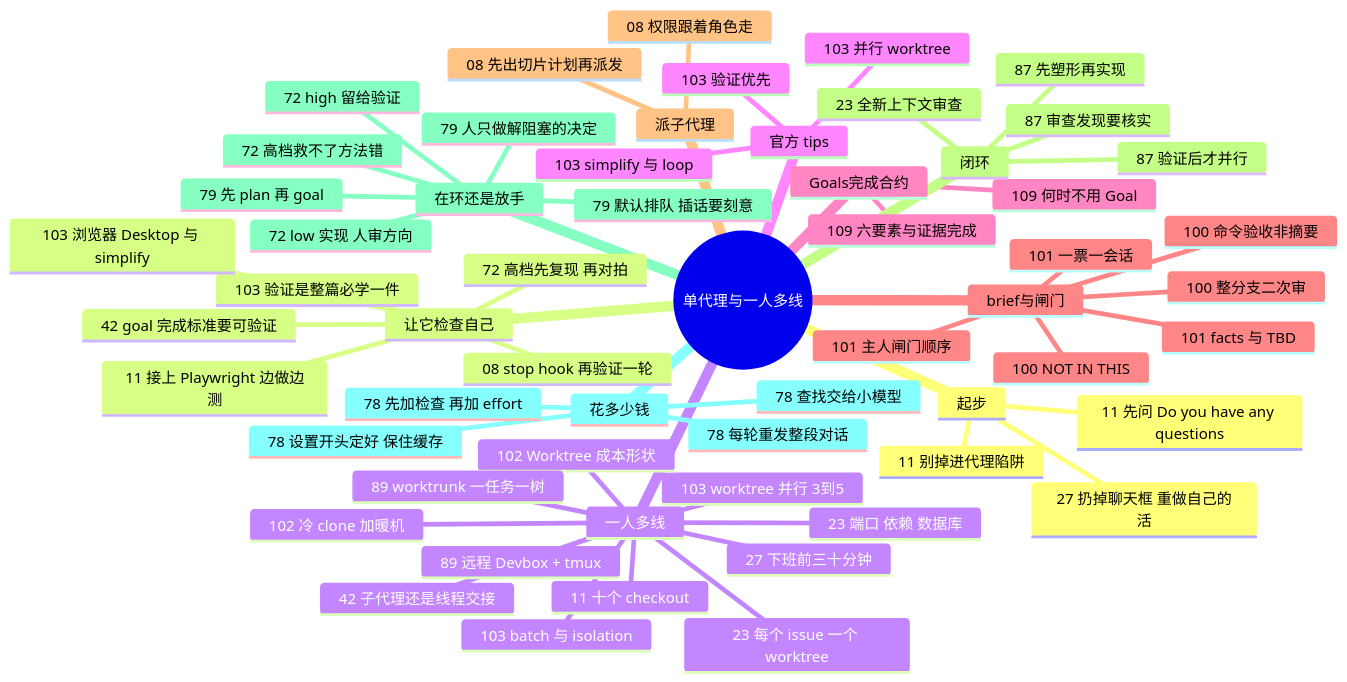
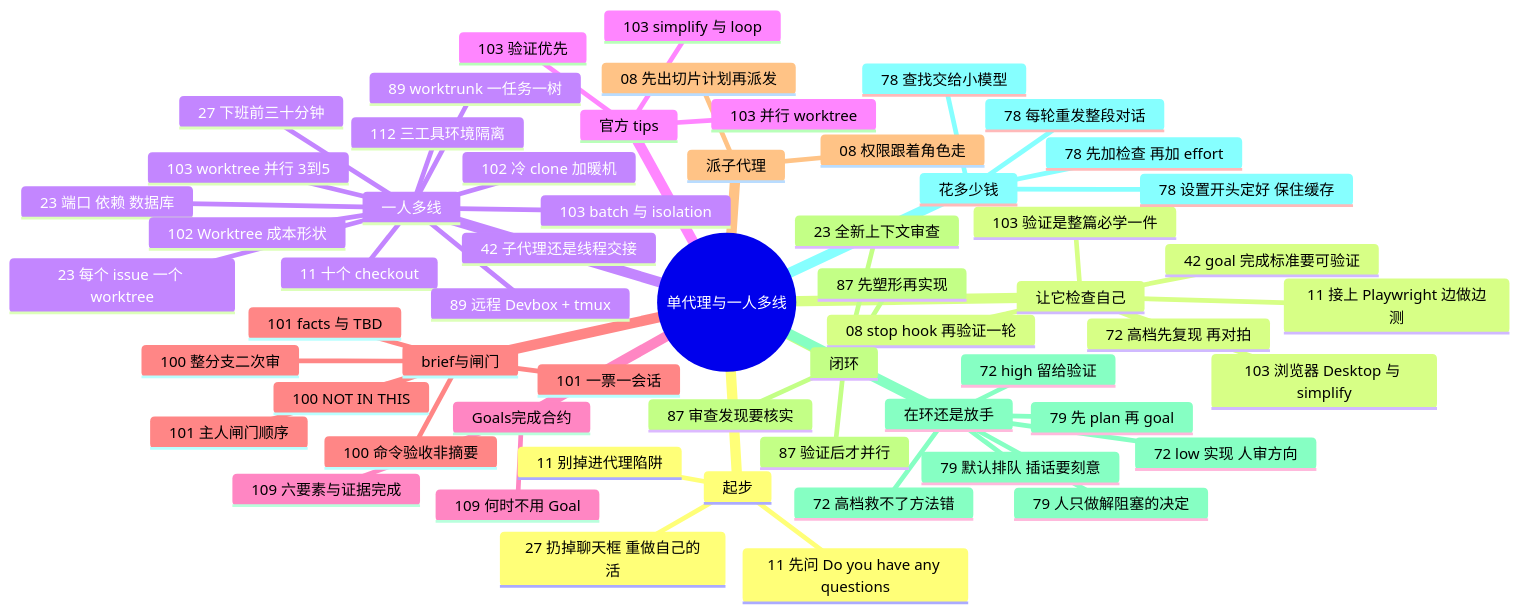
One commit to yzw7489757/ai-coding-videos changed the diagram in docs/guide/solo.md. Above: the diagram before and after it, drawn with Mermaid. The commit also changed other lines of this file and 17 other files, not shown here.

````diff
--- a/docs/guide/solo.md
+++ b/docs/guide/solo.md
@@ -15,61 +15,62 @@
 ```mermaid
 mindmap
   root((单代理与一人多线))
     起步
       27 扔掉聊天框 重做自己的活
       11 先问 Do you have any questions
       11 别掉进代理陷阱
     让它检查自己
       11 接上 Playwright 边做边测
       42 goal 完成标准要可验证
       08 stop hook 再验证一轮
       72 高档先复现 再对拍
       103 验证是整篇必学一件
       103 浏览器 Desktop 与 simplify
     一人多线
       11 十个 checkout
       23 每个 issue 一个 worktree
       23 端口 依赖 数据库
       103 worktree 并行 3到5
       103 batch 与 isolation
       102 Worktree 成本形状
+      112 三工具环境隔离
       102 冷 clone 加暖机
       89 远程 Devbox + tmux
       89 worktrunk 一任务一树
       27 下班前三十分钟
       42 子代理还是线程交接
     官方 tips
       103 验证优先
       103 并行 worktree
       103 simplify 与 loop
     Goals完成合约
       109 六要素与证据完成
       109 何时不用 Goal
     brief与闸门
       100 NOT IN THIS
       100 命令验收非摘要
       100 整分支二次审
       101 主人闸门顺序
       101 facts 与 TBD
       101 一票一会话
     派子代理
       08 先出切片计划再派发
       08 权限跟着角色走
     闭环
       87 先塑形再实现
       87 验证后才并行
       87 审查发现要核实
       23 全新上下文审查
     在环还是放手
       72 low 实现 人审方向
       72 high 留给验证
       72 高档救不了方法错
       79 人只做解阻塞的决定
       79 默认排队 插话要刻意
       79 先 plan 再 goal
     花多少钱
       78 每轮重发整段对话
       78 先加检查 再加 effort
       78 查找交给小模型
       78 设置开头定好 保住缓存
 ```
````
